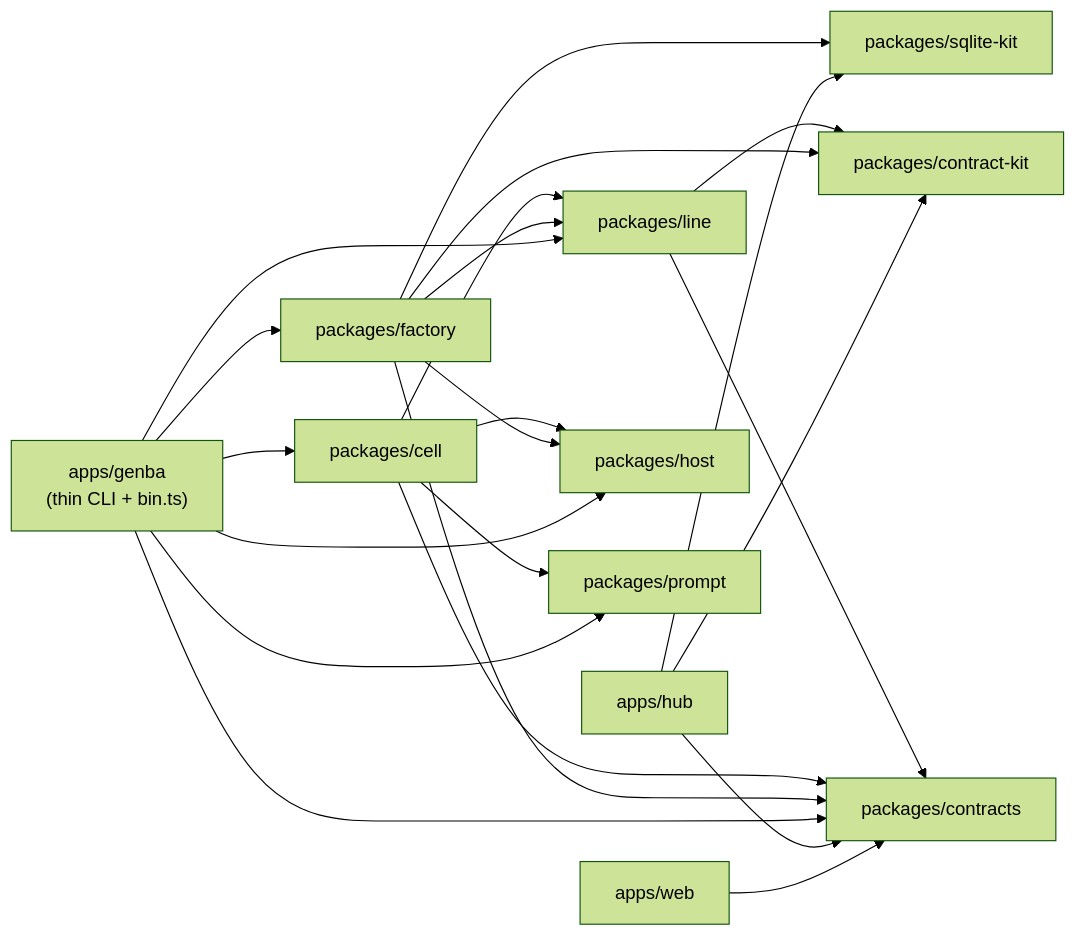
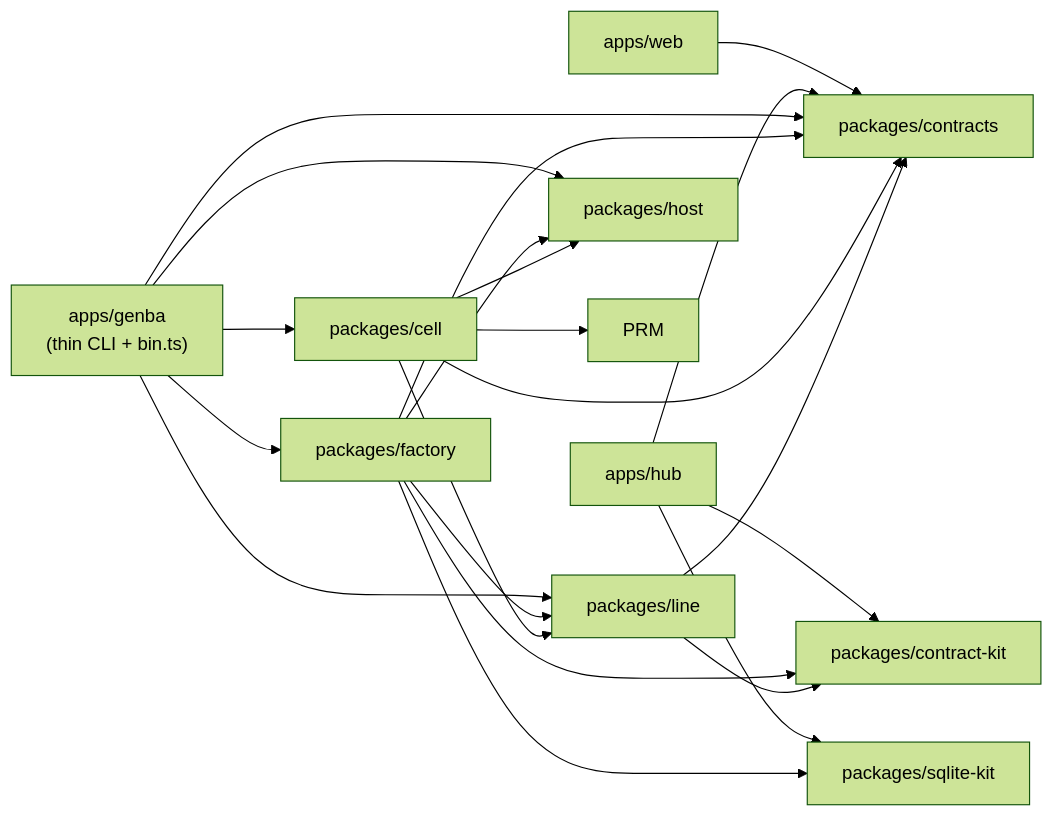
The diagram in docs/architecture.md (xyashino/genba), drawn with Mermaid (forest theme) before and after one commit. The commit also changed other lines of this file and 11 other files, not shown here.

````diff
--- a/docs/architecture.md
+++ b/docs/architecture.md
@@ -43,28 +43,27 @@
 ```mermaid
 flowchart LR
   WEB["apps/web"] --> CTR["packages/contracts"]
   HUB["apps/hub"] --> CTR
   HUB --> CK["packages/contract-kit"]
   HUB --> SQ["packages/sqlite-kit"]
 
   GENBA["apps/genba\n(thin CLI + bin.ts)"] --> FAC["packages/factory"]
   GENBA --> CEL["packages/cell"]
   GENBA --> LIN["packages/line"]
   GENBA --> HST["packages/host"]
   GENBA --> CTR
-  GENBA --> PRM["packages/prompt"]
 
   FAC --> LIN
   FAC --> HST
   FAC --> CTR
   FAC --> CK
   FAC --> SQ
 
   CEL --> LIN
   CEL --> HST
   CEL --> CTR
   CEL --> PRM
 
   LIN --> CTR
   LIN --> CK
 ```
````
